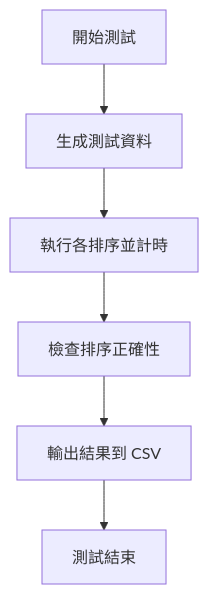
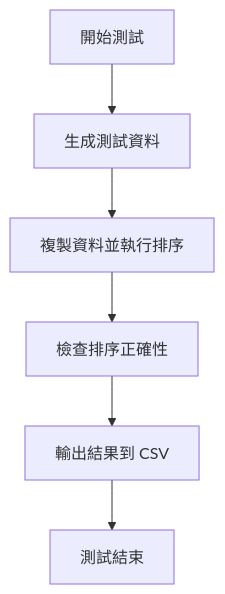
One commit to vesss1/Homework changed the diagram in Homework6/report.md. Above: the diagram before and after it, drawn with Mermaid. The commit also changed other lines of this file, not shown here.

````diff
--- a/Homework6/report.md
+++ b/Homework6/report.md
@@ -347,8 +363,8 @@
 ```mermaid
 graph TD
     A[開始測試] --> B[生成測試資料]
-    B --> C[執行各排序並計時]
+    B --> C[複製資料並執行排序]
     C --> D[檢查排序正確性]
     D --> E[輸出結果到 CSV]
     E --> F[測試結束]
-```  
+```
````
